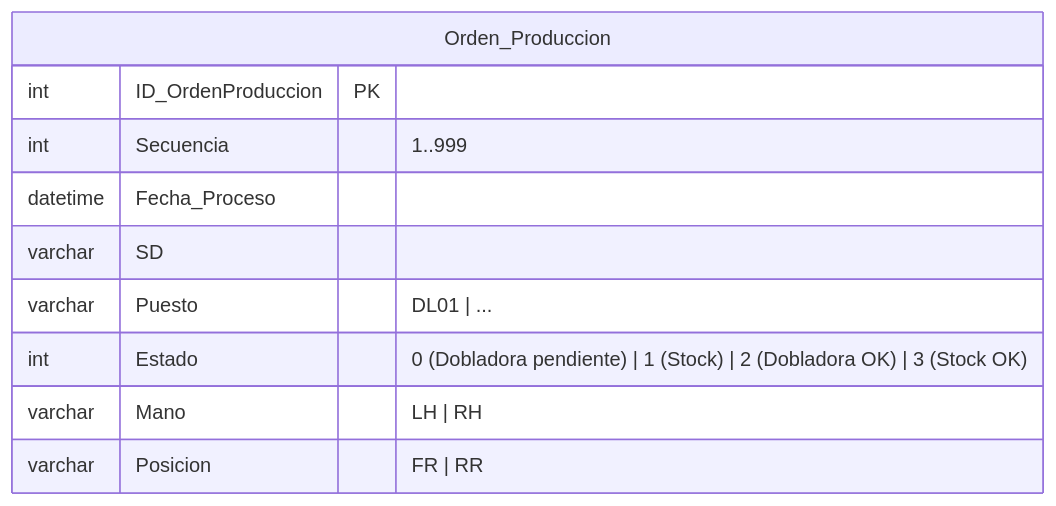
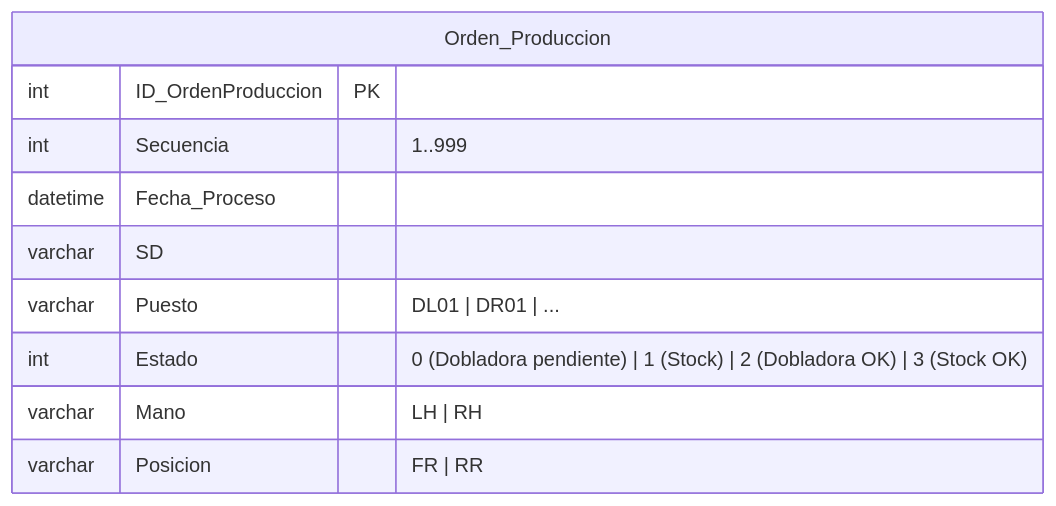
The first of 2 diagrams in README.md (martinstanicio/doorpick), drawn with Mermaid before and after one commit. The commit also changed other lines of this file and 3 other files, not shown here.

````diff
--- a/README.md
+++ b/README.md
@@ -65,13 +65,13 @@
 ```mermaid
 erDiagram
     Orden_Produccion {
         int ID_OrdenProduccion PK
         int Secuencia "1..999"
         datetime Fecha_Proceso
         varchar SD
-        varchar Puesto "DL01 | ..."
+        varchar Puesto "DL01 | DR01 | ..."
         int Estado "0 (Dobladora pendiente) | 1 (Stock) | 2 (Dobladora OK) | 3 (Stock OK)"
         varchar Mano "LH | RH"
         varchar Posicion "FR | RR"
     }
 ```
````
